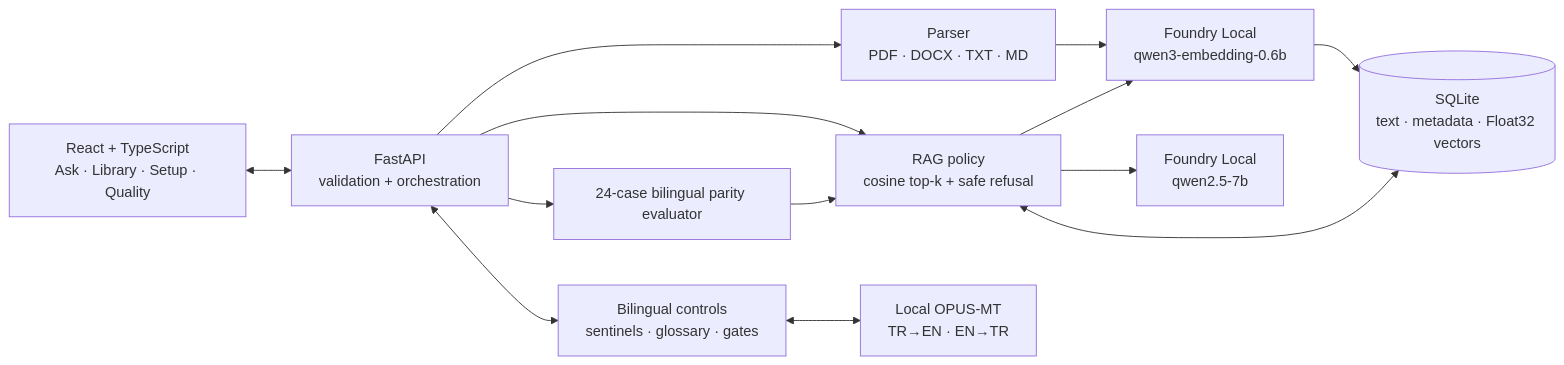
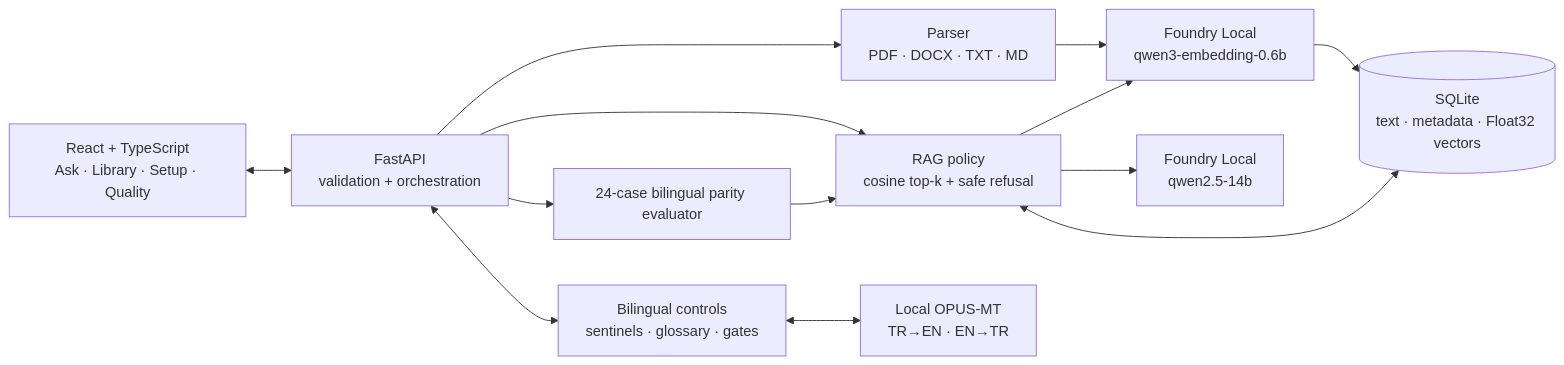
The first of 2 diagrams in docs/architecture.md (furkan-sarica/tracefold), drawn with Mermaid before and after one commit. The commit also changed other lines of this file and 30 other files, not shown here.

````diff
--- a/docs/architecture.md
+++ b/docs/architecture.md
@@ -7,26 +7,26 @@
 ```mermaid
 flowchart LR
     UI["React + TypeScript\nAsk · Library · Setup · Quality"]
     API["FastAPI\nvalidation + orchestration"]
     PARSE["Parser\nPDF · DOCX · TXT · MD"]
     RAG["RAG policy\ncosine top-k + safe refusal"]
     DB[("SQLite\ntext · metadata · Float32 vectors")]
     EMB["Foundry Local\nqwen3-embedding-0.6b"]
-    CHAT["Foundry Local\nqwen2.5-7b"]
+    CHAT["Foundry Local\nqwen2.5-14b"]
     NMT["Local OPUS-MT\nTR→EN · EN→TR"]
     CTRL["Bilingual controls\nsentinels · glossary · gates"]
     EVAL["24-case bilingual parity evaluator"]
 
     UI <--> API
     API --> PARSE
     PARSE --> EMB
     EMB --> DB
     API --> RAG
     RAG <--> DB
     RAG --> EMB
     RAG --> CHAT
     API <--> CTRL
     CTRL <--> NMT
     API --> EVAL
     EVAL --> RAG
 ```
````
